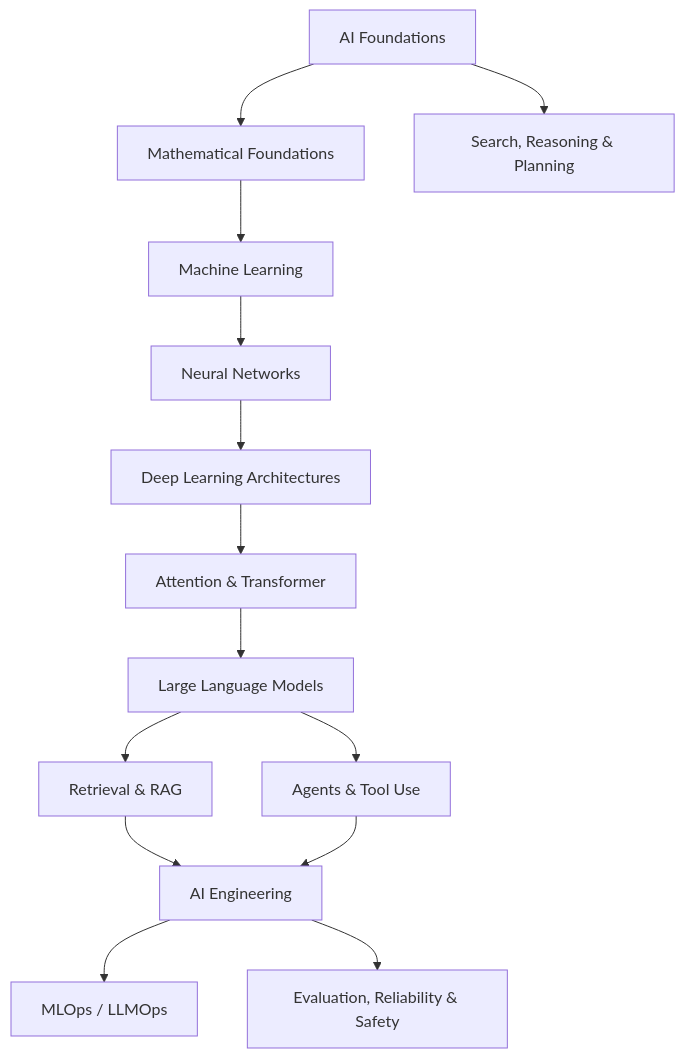
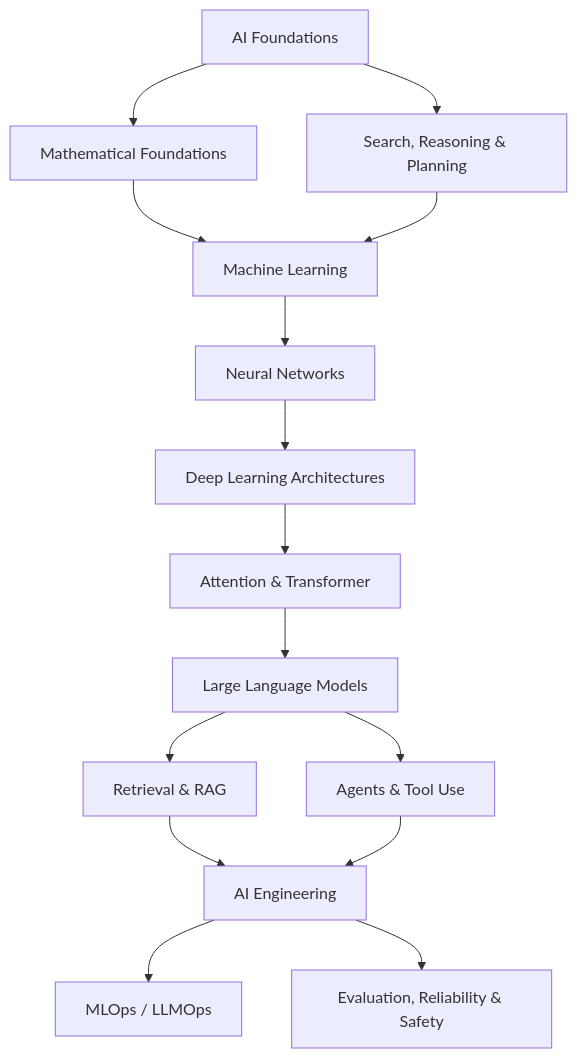
The diagram in computer_science/02_artificial_intelligence/README.md (hunggtham/learning-docs), drawn with Mermaid before and after one commit. The commit also changed other lines of this file and 8 other files, not shown here.

````diff
--- a/computer_science/02_artificial_intelligence/README.md
+++ b/computer_science/02_artificial_intelligence/README.md
@@ -13,16 +13,17 @@
 ```mermaid
 flowchart TD
     A[AI Foundations] --> M[Mathematical Foundations]
     A --> S[Search, Reasoning & Planning]
     M --> ML[Machine Learning]
+    S --> ML
     ML --> NN[Neural Networks]
     NN --> DL[Deep Learning Architectures]
     DL --> T[Attention & Transformer]
     T --> LLM[Large Language Models]
     LLM --> RAG[Retrieval & RAG]
     LLM --> AG[Agents & Tool Use]
     RAG --> SYS[AI Engineering]
     AG --> SYS
     SYS --> OPS[MLOps / LLMOps]
     SYS --> SAFE[Evaluation, Reliability & Safety]
 ```
````
